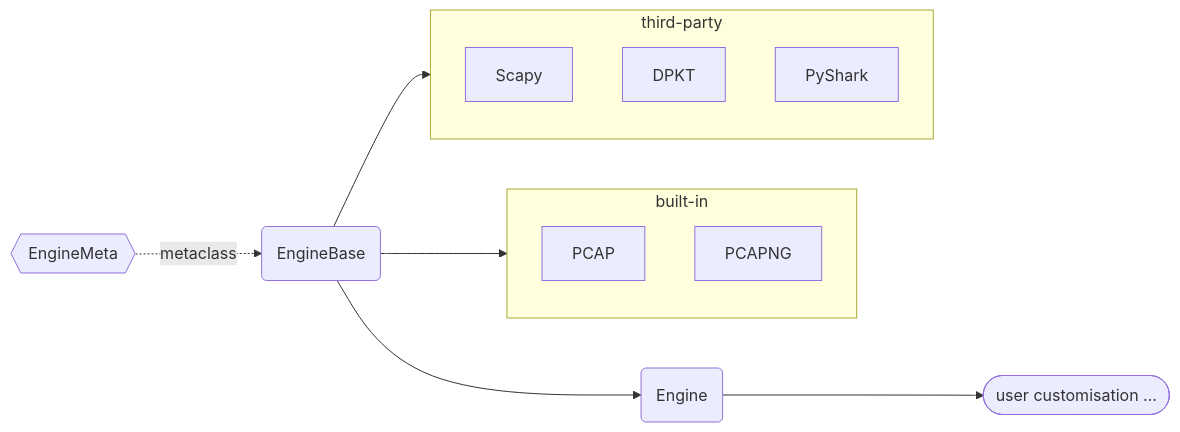
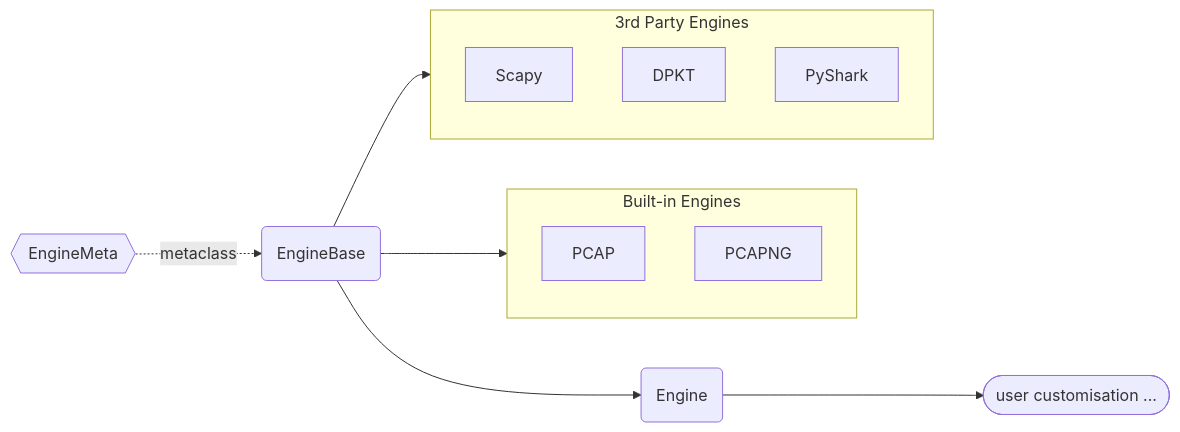
The diagram in docs/source/pcapkit/foundation/engines/index.rst (JarryShaw/PyPCAPKit), drawn with Mermaid before and after one commit. The commit also changed 74 other files, not shown here.

```diff
--- a/docs/source/pcapkit/foundation/engines/index.rst
+++ b/docs/source/pcapkit/foundation/engines/index.rst
@@ -28,36 +28,36 @@
 .. mermaid::
 
    flowchart LR
        A{{EngineMeta}} -.->|metaclass| B(EngineBase)
 
-       subgraph built-in
+       subgraph built-in [Built-in Engines]
            %% direction TD
 
            PCAP
            PCAPNG
        end
        B --> built-in
 
-       subgraph third-party
+       subgraph third-party [3rd Party Engines]
            %% direction TD
 
            Scapy
            DPKT
            PyShark
        end
        B --> third-party
 
        B --> C(Engine)
        C --> D([user customisation ...])
 
        click A "/pcapkit/foundation/engines/engine.html#pcapkit.foundation.engines.engine.EngineMeta"
        click B "/pcapkit/foundation/engines/engine.html#pcapkit.foundation.engines.engine.EngineBase"
        click C "/pcapkit/foundation/engines/engine.html#pcapkit.foundation.engines.engine.Engine"
        click D "/ext.html#extractor-engines"
 
        click PCAP "/pcapkit/foundation/engines/builtin.html#pcapkit.foundation.engines.pcap.PCAP"
        click PCAPNG "/pcapkit/foundation/engines/builtin.html#pcapkit.foundation.engines.pcapng.PCAPNG"
 
        click Scapy "/pcapkit/foundation/engines/3rdparty.html#pcapkit.foundation.engines.scapy.Scapy"
        click DPKT "/pcapkit/foundation/engines/3rdparty.html#pcapkit.foundation.engines.dpkt.DPKT"
        click PyShark "/pcapkit/foundation/engines/3rdparty.html#pcapkit.foundation.engines.pyshark.PyShark"
```
